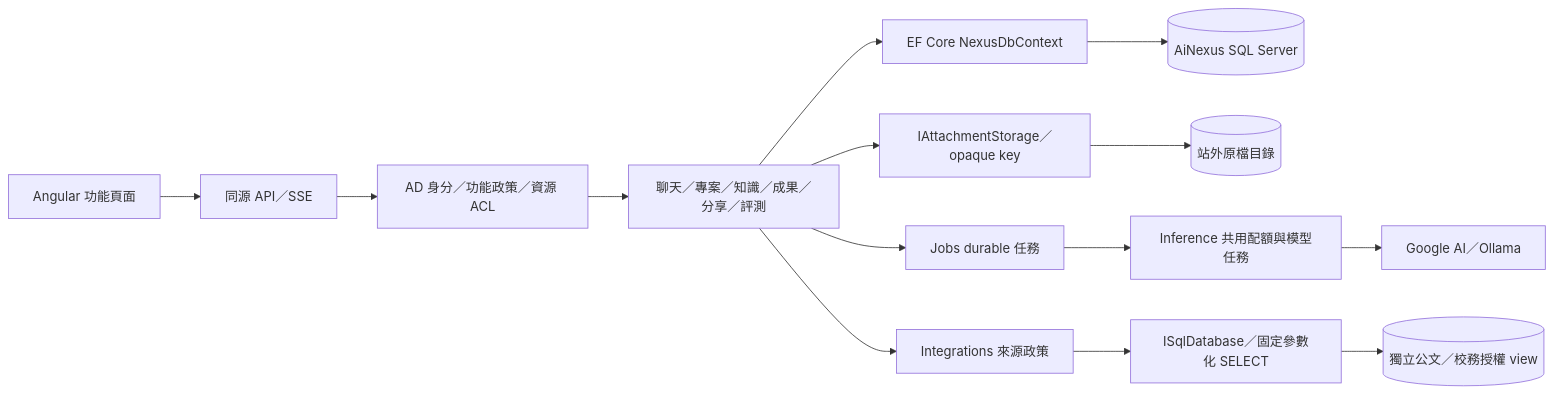
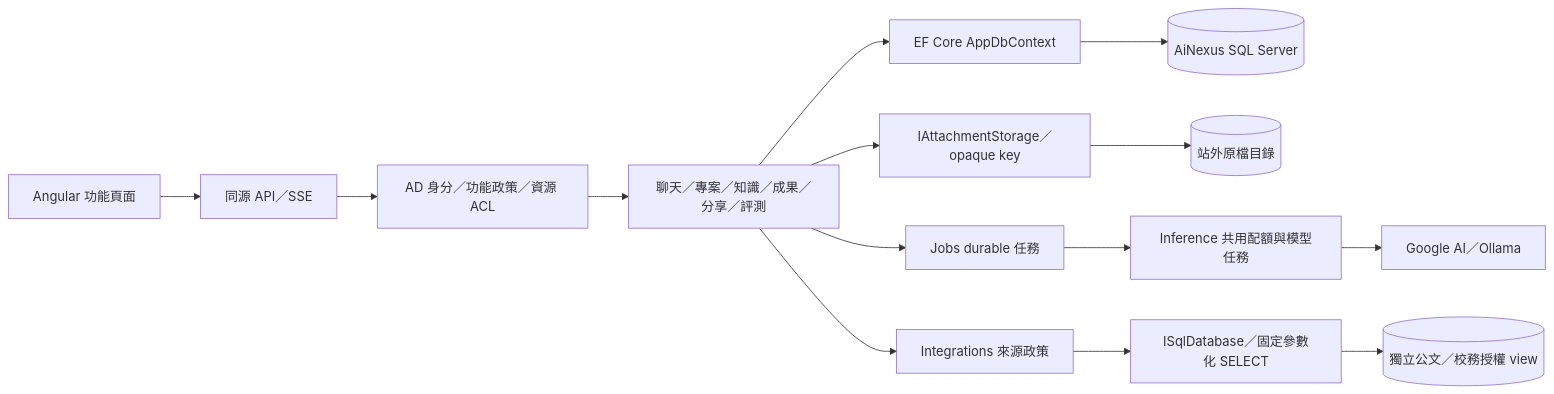
Before and after one commit to a73013110/ai-nexus: the diagram in docs/architecture/architecture.md, drawn with Mermaid. The commit also changed other lines of this file and 30 other files, not shown here.

````diff
--- a/docs/architecture/architecture.md
+++ b/docs/architecture/architecture.md
@@ -8,16 +8,16 @@
 ```mermaid
 flowchart LR
     UI[Angular 功能頁面] --> API[同源 API／SSE]
     API --> Gates[AD 身分／功能政策／資源 ACL]
     Gates --> Modules[聊天／專案／知識／成果／分享／評測]
-    Modules --> EF[EF Core NexusDbContext]
+    Modules --> EF[EF Core AppDbContext]
     EF --> SQL[(AiNexus SQL Server)]
     Modules --> Storage[IAttachmentStorage／opaque key]
     Storage --> Files[(站外原檔目錄)]
     Modules --> Jobs[Jobs durable 任務]
     Jobs --> Tasks[Inference 共用配額與模型任務]
     Tasks --> Models[Google AI／Ollama]
     Modules --> Sources[Integrations 來源政策]
     Sources --> Dapper[ISqlDatabase／固定參數化 SELECT]
     Dapper --> Legacy[(獨立公文／校務授權 view)]
 ```
````
